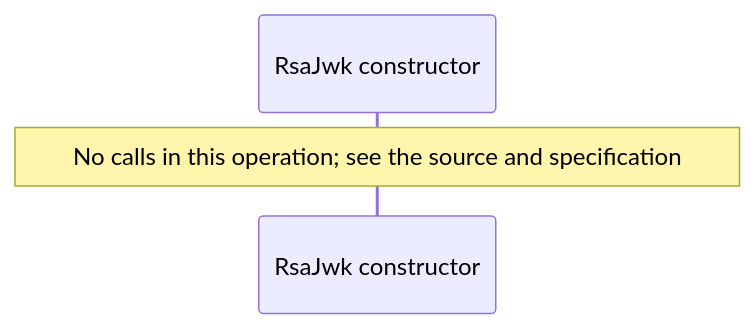
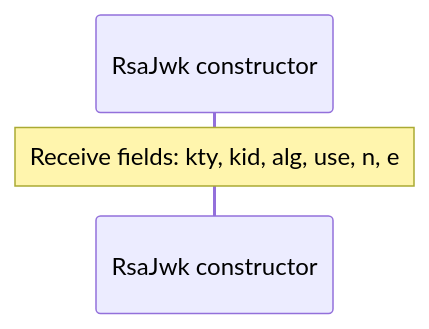
One commit to GreenPandaStudios/augscript changed the fifth of 12 diagrams in docs/examples/oidc-login/dependencies/packages/@git/url_9ef654c66d34ab8f5527/0.0.0-git.b14a0f9aa41f1ce58bd51133bcdc424033e40d40/jose-diagrams.md. Above: the diagram before and after it, drawn with Mermaid. The commit also changed other lines of this file and 289 other files, not shown here.

Commit message:
Correct diagram control flow and complete generated wiki navigation

````diff
--- a/docs/examples/oidc-login/dependencies/packages/@git/url_9ef654c66d34ab8f5527/0.0.0-git.b14a0f9aa41f1ce58bd51133bcdc424033e40d40/jose-diagrams.md
+++ b/docs/examples/oidc-login/dependencies/packages/@git/url_9ef654c66d34ab8f5527/0.0.0-git.b14a0f9aa41f1ce58bd51133bcdc424033e40d40/jose-diagrams.md
@@ -114,6 +114,6 @@
 ```mermaid
 sequenceDiagram
     participant p0 as RsaJwk constructor
 
-    Note over p0: No calls in this operation#59; see the source and specification
+    Note over p0: Receive fields: kty, kid, alg, use, n, e
 ```
````
